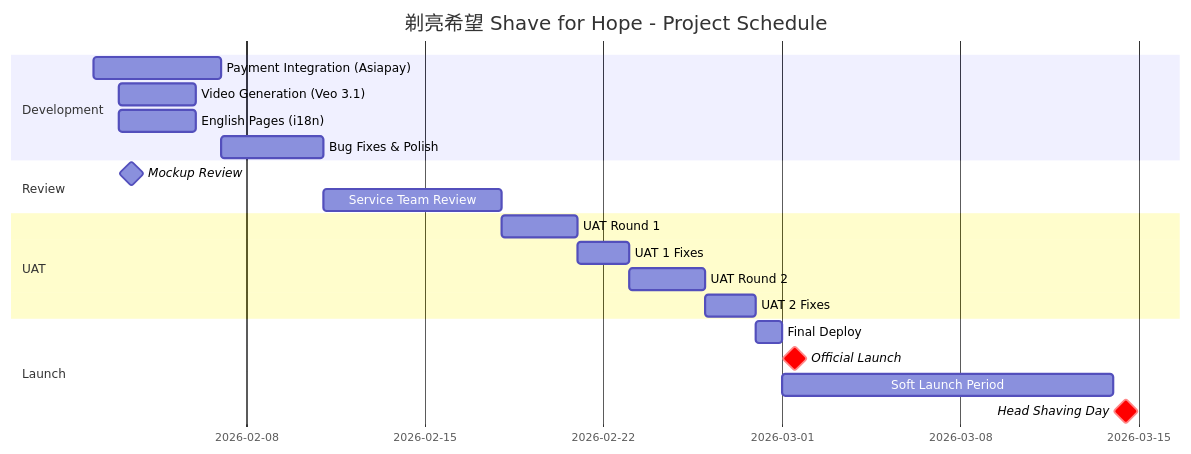
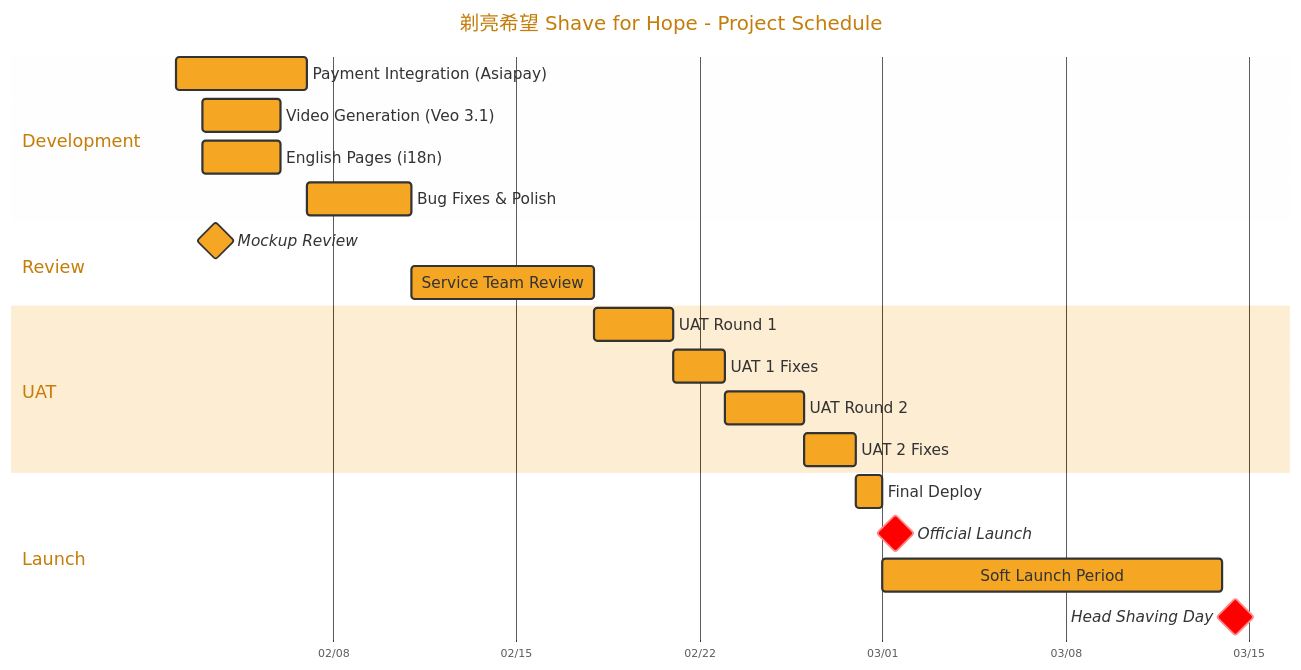
The first of 2 diagrams in documents/2026-01-30-ccf-shave-for-hope-project-schedule.md (ZorroCheng-MC/sharehub), drawn with Mermaid before and after one commit.

Commit message:
Publish: 剃亮希望 Shave for Hope - Project Schedule
- Published documents/2026-01-30-ccf-shave-for-hope-project-schedule.md
- Copied associated images
- Converted image paths for GitHub Pages

🤖 Generated with Claude Code

````diff
--- a/documents/2026-01-30-ccf-shave-for-hope-project-schedule.md
+++ b/documents/2026-01-30-ccf-shave-for-hope-project-schedule.md
@@ -41,28 +41,54 @@
 ```mermaid
+%%{init: {
+  'theme': 'base',
+  'themeVariables': {
+    'primaryColor': '#F5A623',
+    'primaryTextColor': '#333',
+    'primaryBorderColor': '#333',
+    'lineColor': '#666',
+    'sectionBkgColor': '#f9f9f9',
+    'altSectionBkgColor': '#fff',
+    'gridColor': '#ddd',
+    'todayLineColor': '#E91E63'
+  },
+  'gantt': {
+    'titleTopMargin': 25,
+    'barHeight': 30,
+    'barGap': 8,
+    'topPadding': 50,
+    'leftPadding': 150,
+    'gridLineStartPadding': 50,
+    'fontSize': 14,
+    'sectionFontSize': 16,
+    'numberSectionStyles': 4,
+    'useWidth': 1200
+  }
+}}%%
 gantt
     title 剃亮希望 Shave for Hope - Project Schedule
     dateFormat  YYYY-MM-DD
+    axisFormat  %m/%d
     tickInterval 7day
 
     section Development
     Payment Integration (Asiapay)    :pay, 2026-02-02, 5d
     Video Generation (Veo 3.1)       :video, 2026-02-03, 3d
     English Pages (i18n)             :i18n, 2026-02-03, 3d
     Bug Fixes & Polish               :bugs, 2026-02-07, 4d
 
     section Review
     Mockup Review                    :milestone, mockup, 2026-02-03, 1d
     Service Team Review              :service, 2026-02-11, 7d
 
     section UAT
     UAT Round 1                      :uat1, 2026-02-18, 3d
     UAT 1 Fixes                      :fix1, 2026-02-21, 2d
     UAT Round 2                      :uat2, 2026-02-23, 3d
     UAT 2 Fixes                      :fix2, 2026-02-26, 2d
 
     section Launch
     Final Deploy                     :deploy, 2026-02-28, 1d
     Official Launch                  :milestone, crit, launch, 2026-03-01, 1d
     Soft Launch Period               :soft, 2026-03-01, 13d
     Head Shaving Day                 :milestone, crit, event, 2026-03-14, 1d
 ```
````
